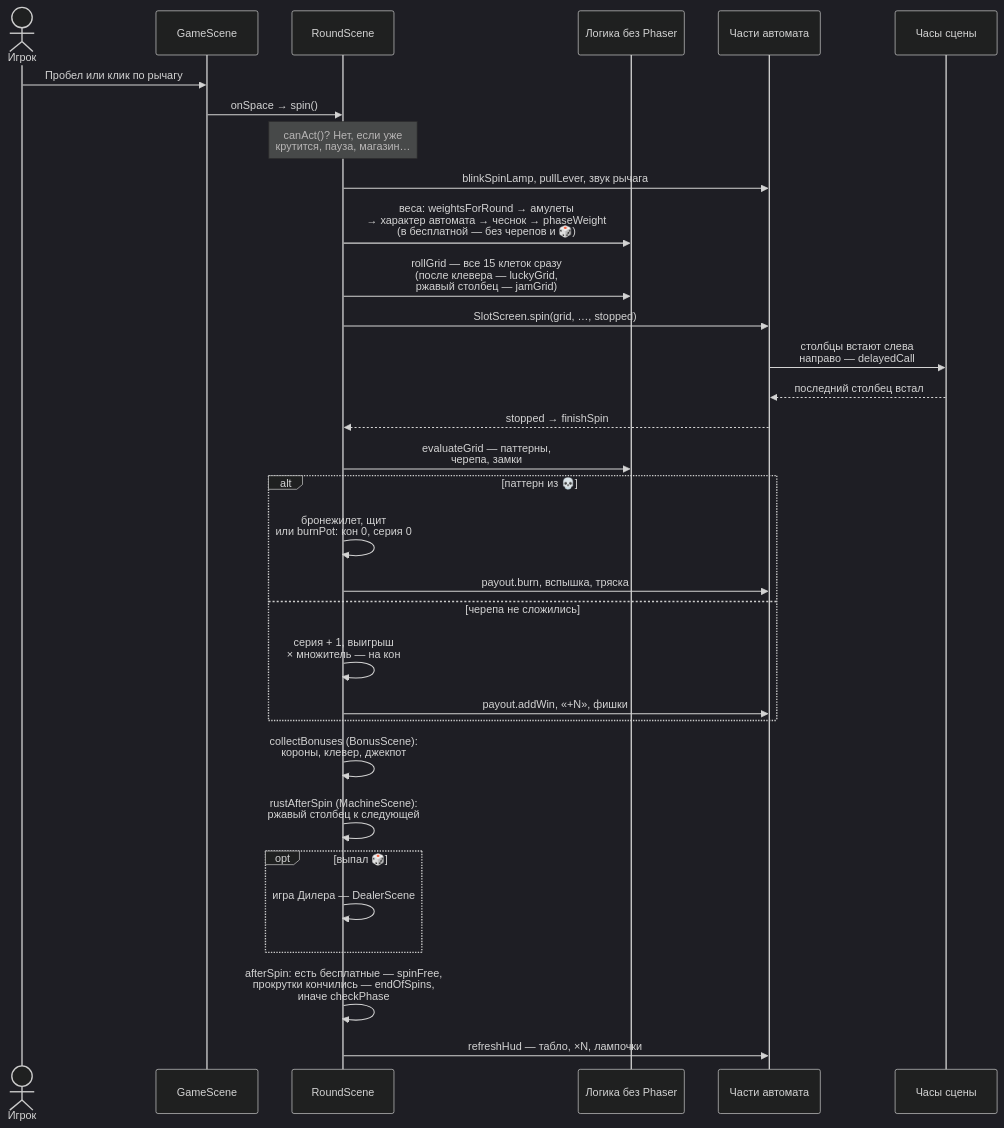
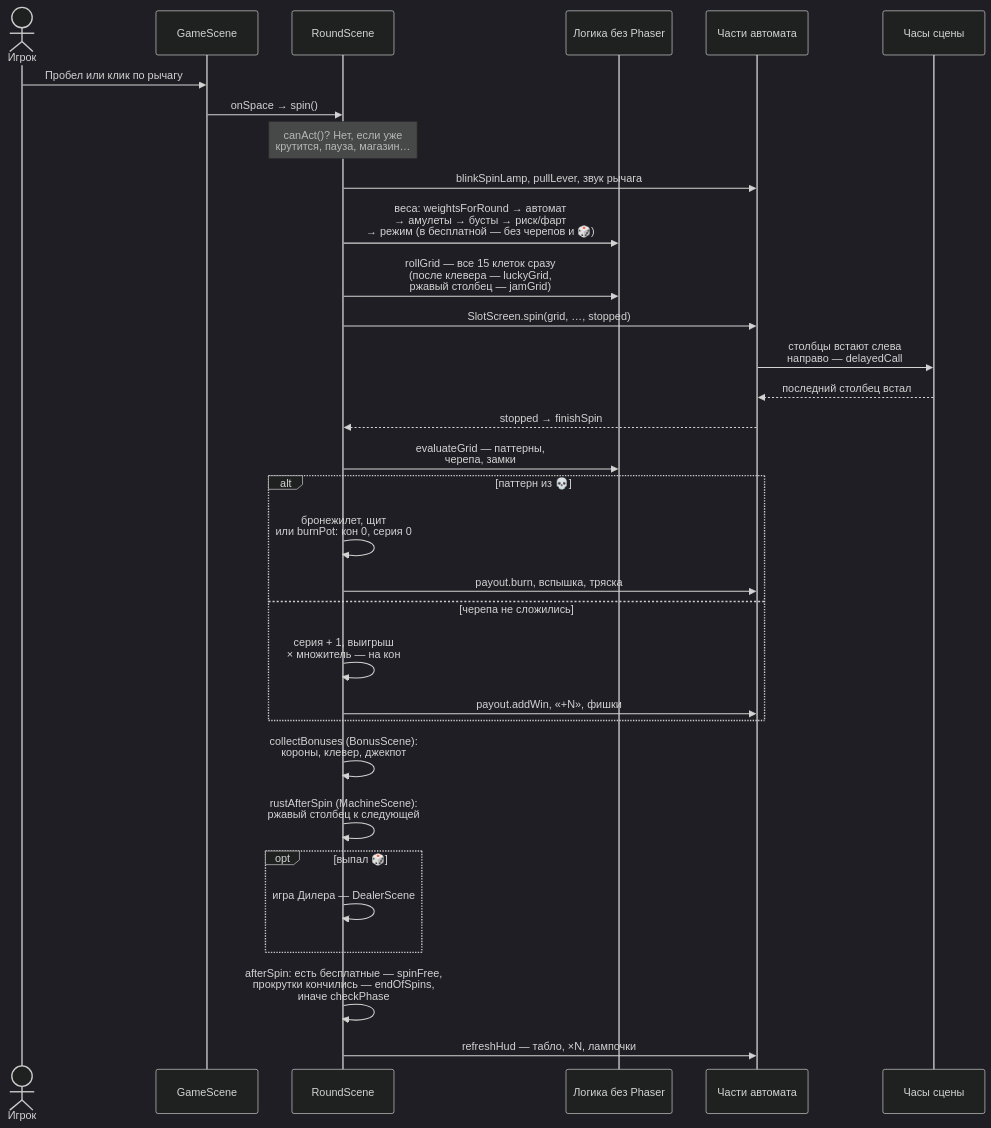
The third of 3 diagrams in ARCHITECTURE.md (LILcmetanka/dolgovaya-yama), drawn with Mermaid (dark theme) before and after one commit. The commit also changed other lines of this file and 28 other files, not shown here.

````diff
--- a/ARCHITECTURE.md
+++ b/ARCHITECTURE.md
@@ -132,35 +141,35 @@
 ```mermaid
 sequenceDiagram
   actor P as Игрок
   participant GS as GameScene
   participant RS as RoundScene
   participant L as Логика без Phaser
   participant UI as Части автомата
   participant T as Часы сцены
 
   P->>GS: Пробел или клик по рычагу
   GS->>RS: onSpace → spin()
   Note over RS: canAct()? Нет, если уже<br/>крутится, пауза, магазин…
   RS->>UI: blinkSpinLamp, pullLever, звук рычага
-  RS->>L: веса: weightsForRound → амулеты<br/>→ характер автомата → чеснок → phaseWeight<br/>(в бесплатной — без черепов и 🎲)
+  RS->>L: веса: weightsForRound → автомат<br/>→ амулеты → бусты → риск/фарт<br/>→ режим (в бесплатной — без черепов и 🎲)
   RS->>L: rollGrid — все 15 клеток сразу<br/>(после клевера — luckyGrid,<br/>ржавый столбец — jamGrid)
   RS->>UI: SlotScreen.spin(grid, …, stopped)
   UI->>T: столбцы встают слева<br/>направо — delayedCall
   T-->>UI: последний столбец встал
   UI-->>RS: stopped → finishSpin
   RS->>L: evaluateGrid — паттерны,<br/>черепа, замки
   alt паттерн из 💀
     RS->>RS: бронежилет, щит<br/>или burnPot: кон 0, серия 0
     RS->>UI: payout.burn, вспышка, тряска
   else черепа не сложились
     RS->>RS: серия + 1, выигрыш<br/>× множитель — на кон
     RS->>UI: payout.addWin, «+N», фишки
   end
   RS->>RS: collectBonuses (BonusScene):<br/>короны, клевер, джекпот
   RS->>RS: rustAfterSpin (MachineScene):<br/>ржавый столбец к следующей
   opt выпал 🎲
     RS->>RS: игра Дилера — DealerScene
   end
   RS->>RS: afterSpin: есть бесплатные — spinFree,<br/>прокрутки кончились — endOfSpins,<br/>иначе checkPhase
   RS->>UI: refreshHud — табло, ×N, лампочки
 ```
````
